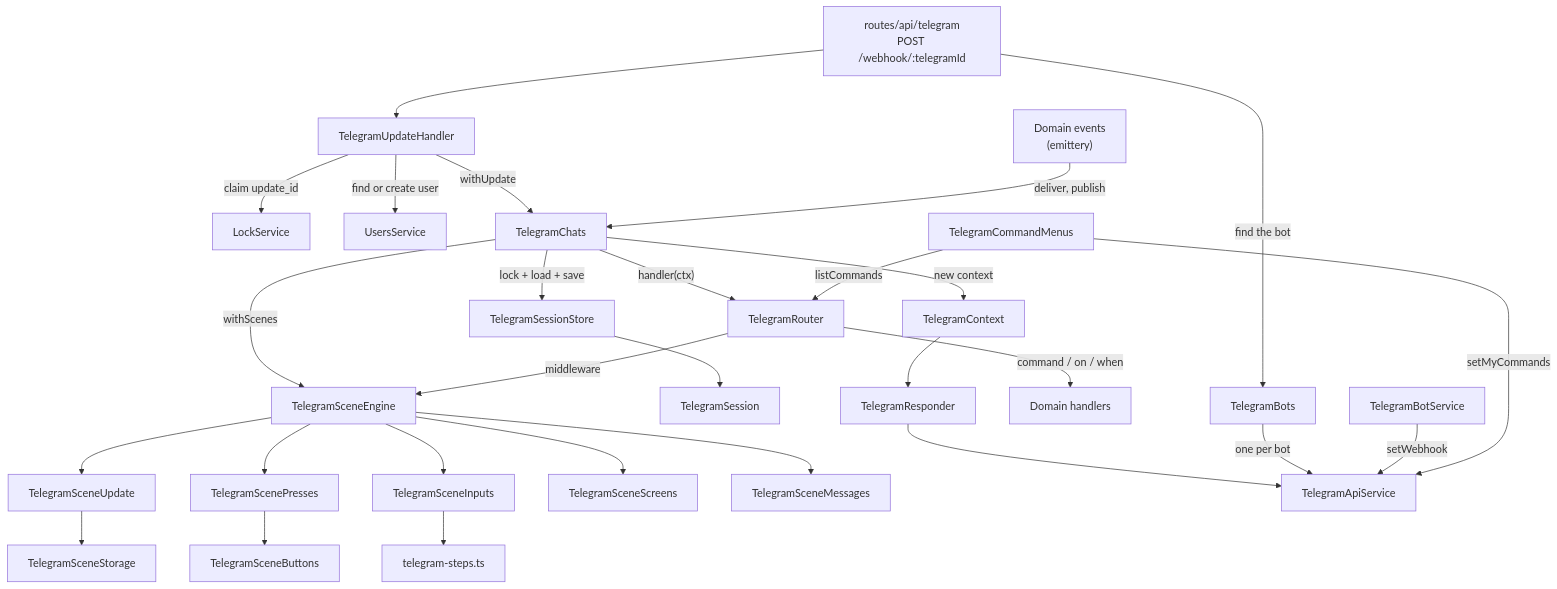
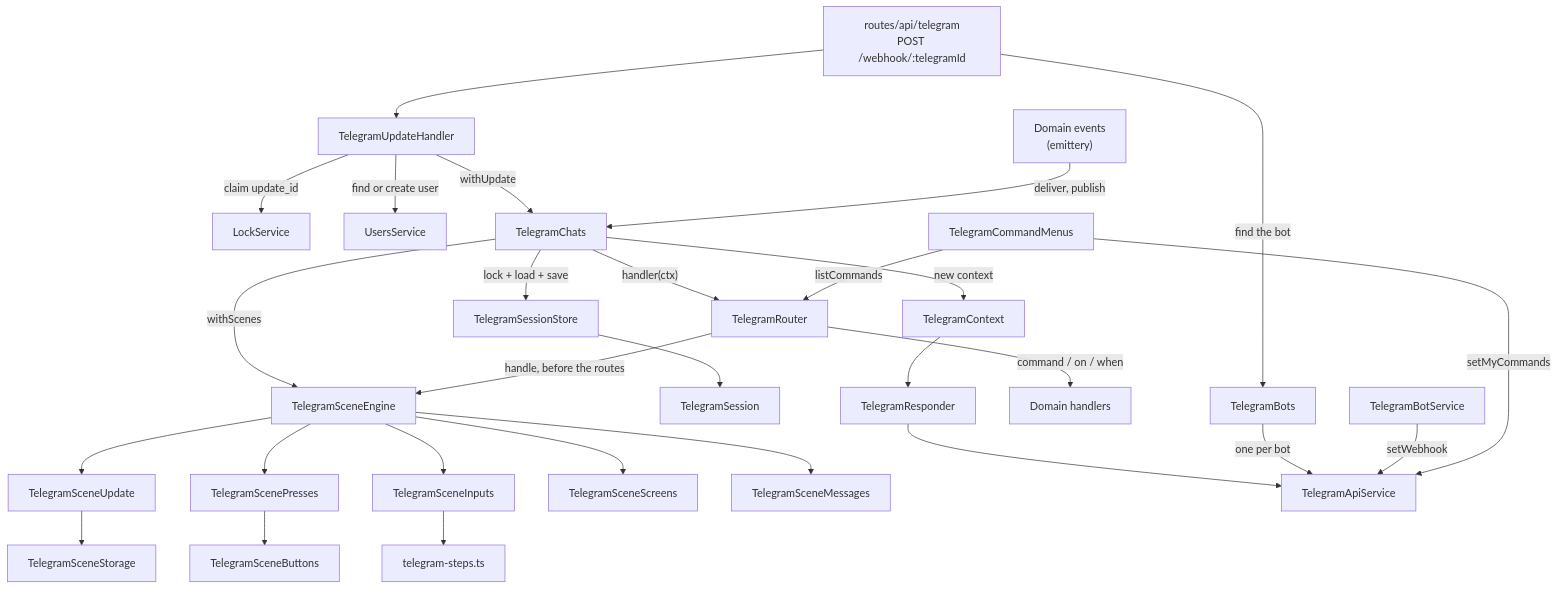
One commit to ayuvlasenko/smart-assistant changed the first of 6 diagrams in apps/server/src/plugins/app/telegram/README.md. Above: the diagram before and after it, drawn with Mermaid. The commit also changed other lines of this file and 2 other files, not shown here.

First line of the commit message:
refactor: drop the middlewares of the telegram router

````diff
--- a/apps/server/src/plugins/app/telegram/README.md
+++ b/apps/server/src/plugins/app/telegram/README.md
@@ -238,36 +238,36 @@
 ```mermaid
 flowchart TD
     route["routes/api/telegram<br/>POST /webhook/:telegramId"] -->|"find the bot"| bots[TelegramBots]
     route --> handler[TelegramUpdateHandler]
     handler -->|"claim update_id"| lock[LockService]
     handler -->|"find or create user"| users[UsersService]
     handler -->|withUpdate| chats[TelegramChats]
 
     chats -->|"lock + load + save"| sessions[TelegramSessionStore]
     sessions --> session[TelegramSession]
     chats -->|"new context"| ctx[TelegramContext]
     chats -->|withScenes| engine[TelegramSceneEngine]
     chats -->|"handler(ctx)"| router[TelegramRouter]
 
-    router -->|"middleware"| engine
+    router -->|"handle, before the routes"| engine
     router -->|"command / on / when"| domain["Domain handlers"]
 
     engine --> update[TelegramSceneUpdate]
     update --> storage[TelegramSceneStorage]
     engine --> presses[TelegramScenePresses]
     presses --> buttons[TelegramSceneButtons]
     engine --> inputs[TelegramSceneInputs]
     engine --> screens[TelegramSceneScreens]
     engine --> messages[TelegramSceneMessages]
     inputs --> steps["telegram-steps.ts"]
 
     ctx --> responder[TelegramResponder]
     responder --> api[TelegramApiService]
     bots -->|"one per bot"| api
 
     domainEvents["Domain events<br/>(emittery)"] -->|"deliver, publish"| chats
 
     bot[TelegramBotService] -->|setWebhook| api
     menus[TelegramCommandMenus] -->|setMyCommands| api
     menus -->|listCommands| router
 ```
````
